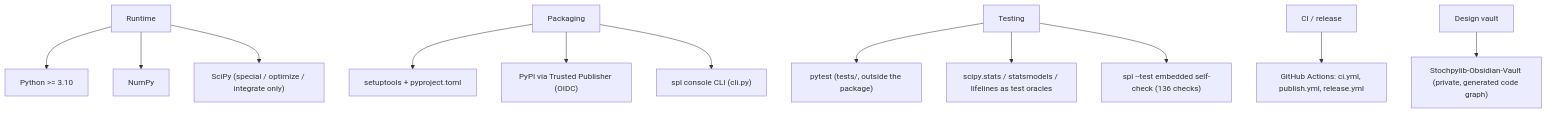
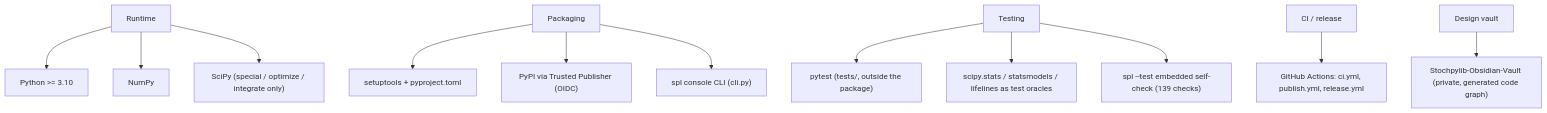
One commit to leon1706-lol/Stochpylib changed the second of 2 diagrams in README.md. Above: the diagram before and after it, drawn with Mermaid. The commit also changed other lines of this file and 18 other files, not shown here.

````diff
--- a/README.md
+++ b/README.md
@@ -211,14 +216,14 @@
 ```mermaid
 flowchart TB
     A["Runtime"] --> A1["Python >= 3.10"]
     A --> A2["NumPy"]
     A --> A3["SciPy (special / optimize / integrate only)"]
     B["Packaging"] --> B1["setuptools + pyproject.toml"]
     B --> B2["PyPI via Trusted Publisher (OIDC)"]
     B --> B3["spl console CLI (cli.py)"]
     C["Testing"] --> C1["pytest (tests/, outside the package)"]
     C --> C2["scipy.stats / statsmodels / lifelines as test oracles"]
-    C --> C3["spl --test embedded self-check (136 checks)"]
+    C --> C3["spl --test embedded self-check (139 checks)"]
     D["CI / release"] --> D1["GitHub Actions: ci.yml, publish.yml, release.yml"]
     E["Design vault"] --> E1["Stochpylib-Obsidian-Vault (private, generated code graph)"]
 ```
````
